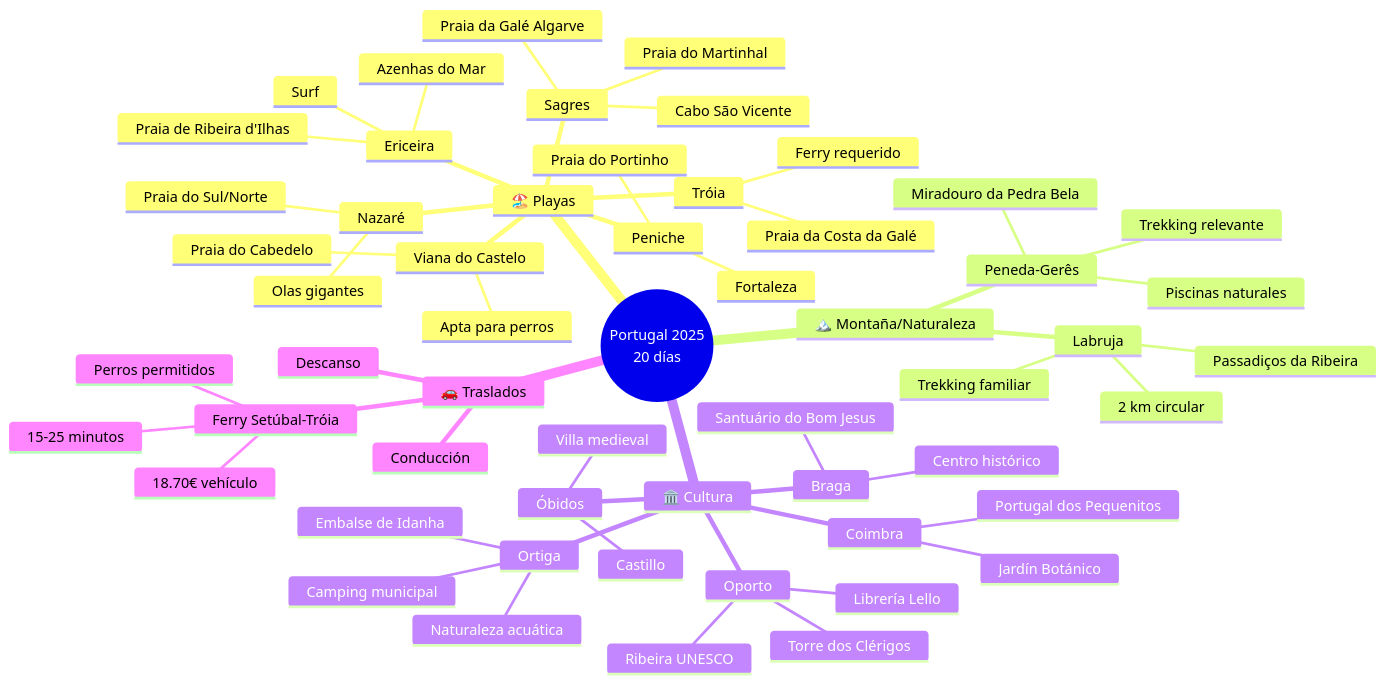
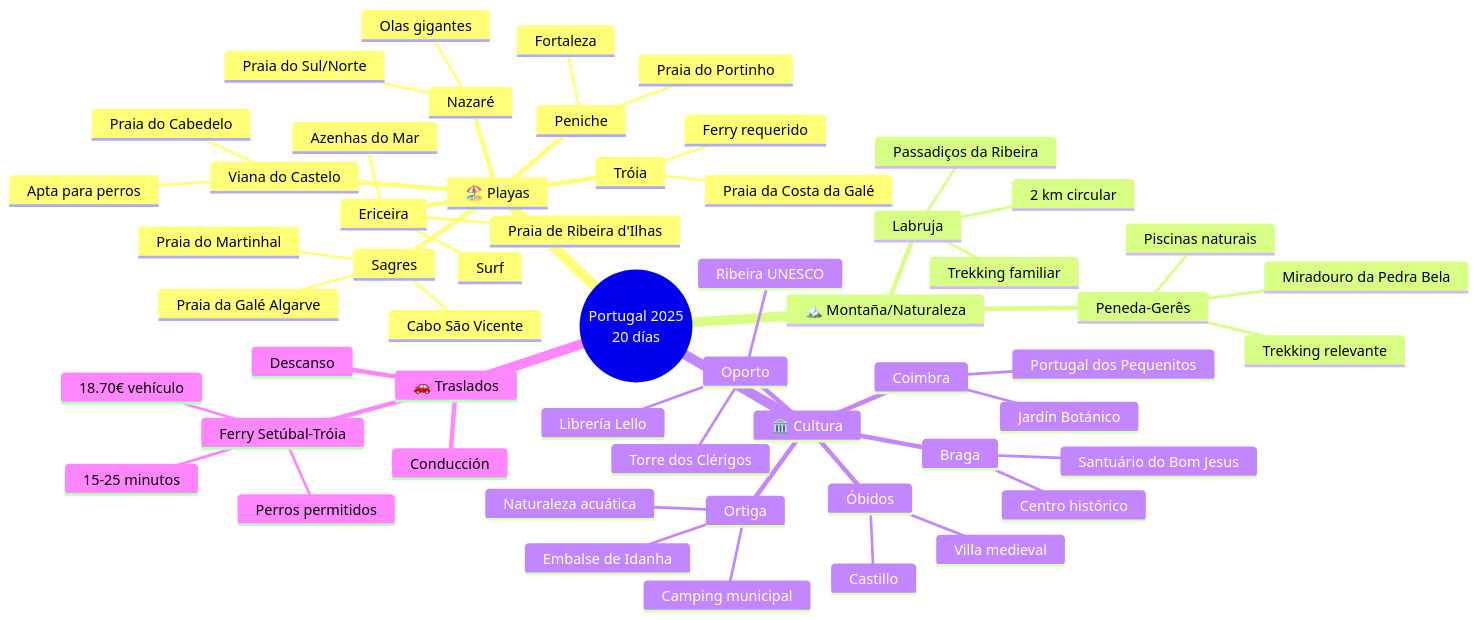
The second of 4 diagrams in trips/Portugal_2025.md (carlosrodlop/carlosrodlop-docs), drawn with Mermaid before and after one commit. The commit also changed other lines of this file, not shown here.

````diff
--- a/trips/Portugal_2025.md
+++ b/trips/Portugal_2025.md
@@ -322,59 +413,59 @@
 ```mermaid
 mindmap
   root((Portugal 2025<br/>20 días))
     🏖️ Playas
       Viana do Castelo
         Praia do Cabedelo
         Apta para perros
       Nazaré
         Praia do Sul/Norte
         Olas gigantes
       Peniche
         Praia do Portinho
         Fortaleza
       Ericeira
         Praia de Ribeira d'Ilhas
         Surf
         Azenhas do Mar
       Tróia
         Praia da Costa da Galé
         Ferry requerido
       Sagres
         Praia do Martinhal
         Cabo São Vicente
         Praia da Galé Algarve
     🏔️ Montaña/Naturaleza
       Peneda-Gerês
         Miradouro da Pedra Bela
-        Piscinas naturales
+        Piscinas naturais
         Trekking relevante
       Labruja
         Passadiços da Ribeira
         Trekking familiar
         2 km circular
     🏛️ Cultura
       Ortiga
         Embalse de Idanha
         Camping municipal
         Naturaleza acuática
       Braga
         Santuário do Bom Jesus
         Centro histórico
       Oporto
         Librería Lello
         Torre dos Clérigos
         Ribeira UNESCO
       Coimbra
         Portugal dos Pequenitos
         Jardín Botánico
       Óbidos
         Villa medieval
         Castillo
     🚗 Traslados
       Conducción
       Descanso
       Ferry Setúbal-Tróia
         15-25 minutos
         18.70€ vehículo
         Perros permitidos
 ```
````
